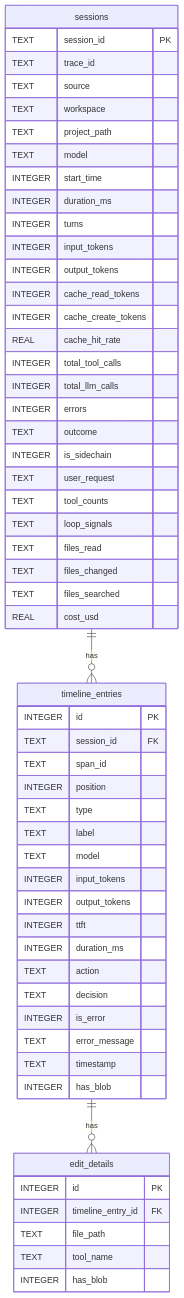
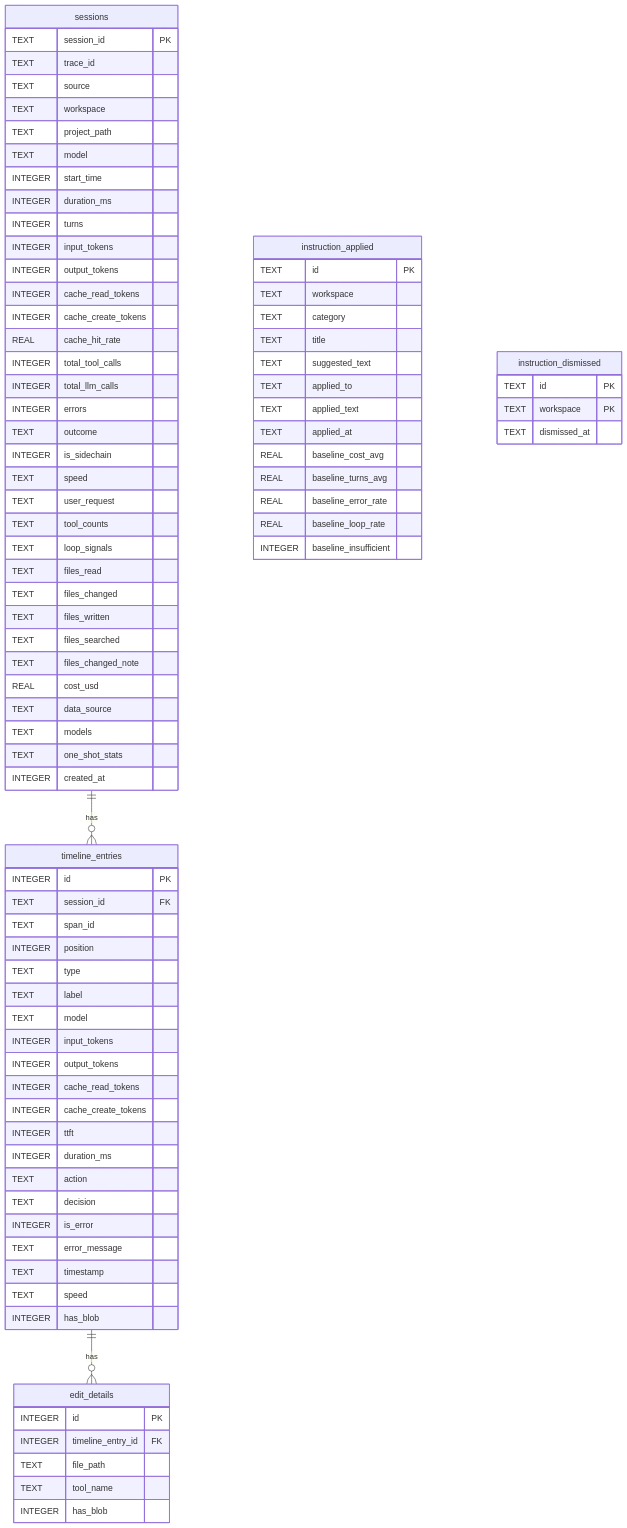
The eighth of 19 diagrams in ARCHITECTURE.md (RogerReed/agentlens), drawn with Mermaid before and after one commit. The commit also changed other lines of this file, not shown here.

First line of the commit message:
docs: bring ARCHITECTURE.md in line with current codebase (#179)

````diff
--- a/ARCHITECTURE.md
+++ b/ARCHITECTURE.md
@@ -433,13 +433,20 @@
         INTEGER errors
         TEXT outcome
         INTEGER is_sidechain
+        TEXT speed
         TEXT user_request
         TEXT tool_counts
         TEXT loop_signals
         TEXT files_read
         TEXT files_changed
+        TEXT files_written
         TEXT files_searched
+        TEXT files_changed_note
         REAL cost_usd
+        TEXT data_source
+        TEXT models
+        TEXT one_shot_stats
+        INTEGER created_at
     }
     timeline_entries {
         INTEGER id PK
@@ -451,6 +458,8 @@
         TEXT model
         INTEGER input_tokens
         INTEGER output_tokens
+        INTEGER cache_read_tokens
+        INTEGER cache_create_tokens
         INTEGER ttft
         INTEGER duration_ms
         TEXT action
@@ -458,6 +467,7 @@
         INTEGER is_error
         TEXT error_message
         TEXT timestamp
+        TEXT speed
         INTEGER has_blob
     }
     edit_details {
@@ -467,6 +477,26 @@
         TEXT tool_name
         INTEGER has_blob
     }
+    instruction_applied {
+        TEXT id PK
+        TEXT workspace
+        TEXT category
+        TEXT title
+        TEXT suggested_text
+        TEXT applied_to
+        TEXT applied_text
+        TEXT applied_at
+        REAL baseline_cost_avg
+        REAL baseline_turns_avg
+        REAL baseline_error_rate
+        REAL baseline_loop_rate
+        INTEGER baseline_insufficient
+    }
+    instruction_dismissed {
+        TEXT id PK
+        TEXT workspace PK
+        TEXT dismissed_at
+    }
     sessions ||--o{ timeline_entries : "has"
     timeline_entries ||--o{ edit_details : "has"
 ```
````
